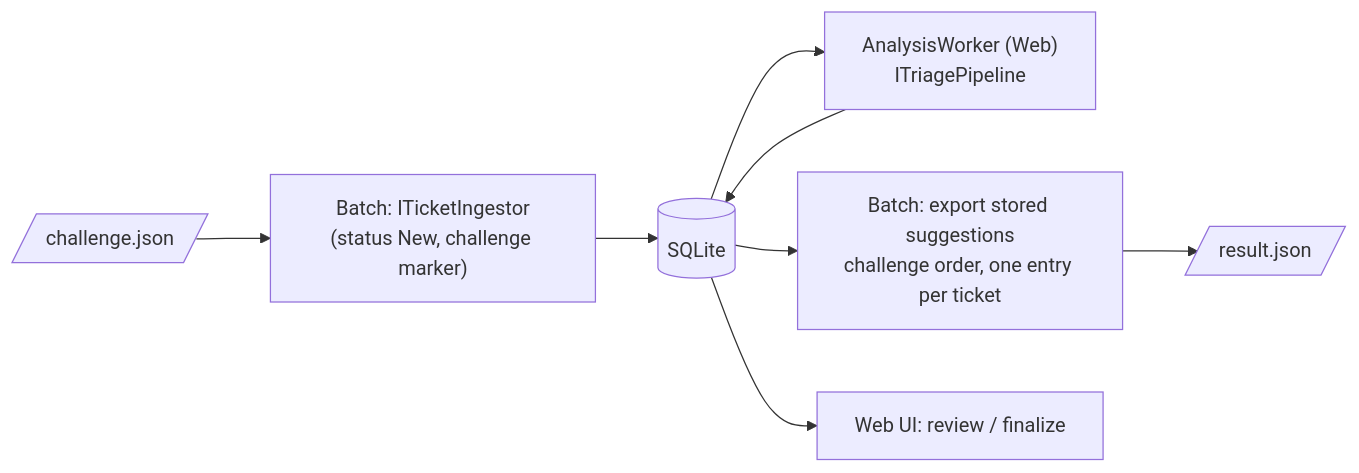
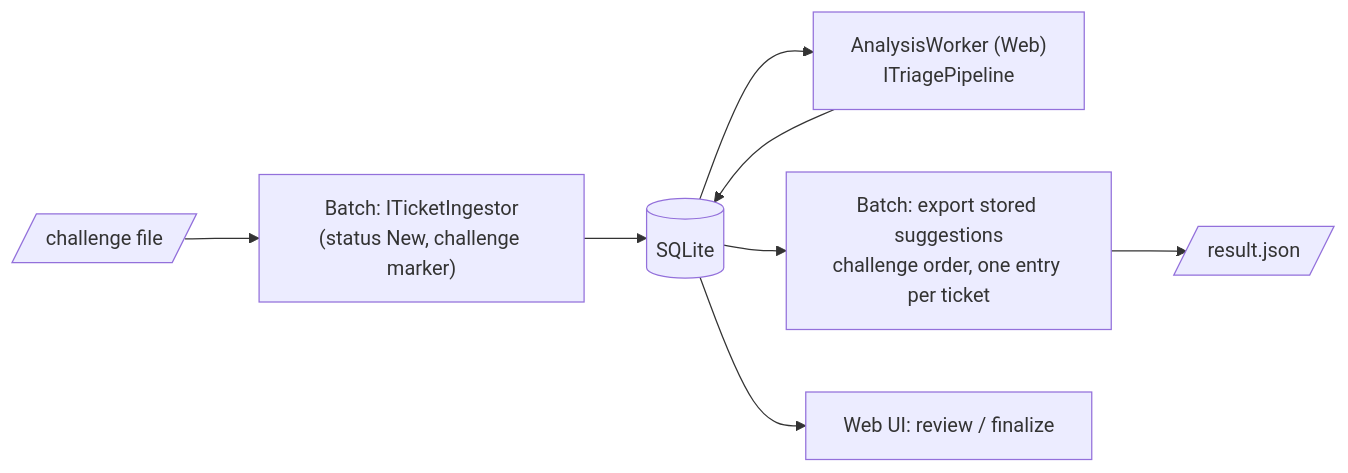
One commit to githubfawu/TriAIge changed the eighth of 8 diagrams in docs/architecture.md. Above: the diagram before and after it, drawn with Mermaid. The commit also changed other lines of this file and 66 other files, not shown here.

````diff
--- a/docs/architecture.md
+++ b/docs/architecture.md
@@ -276,10 +277,10 @@
 ```mermaid
 flowchart LR
-    c[/challenge.json/] --> B1["Batch: ITicketIngestor<br/>(status New, challenge marker)"]
+    c[/challenge file/] --> B1["Batch: ITicketIngestor<br/>(status New, challenge marker)"]
     B1 --> D[(SQLite)]
     D --> W["AnalysisWorker (Web)<br/>ITriagePipeline"]
     W --> D
     D --> B2["Batch: export stored suggestions<br/>challenge order, one entry per ticket"]
     B2 --> r[/result.json/]
     D --> UI["Web UI: review / finalize"]
 ```
````
